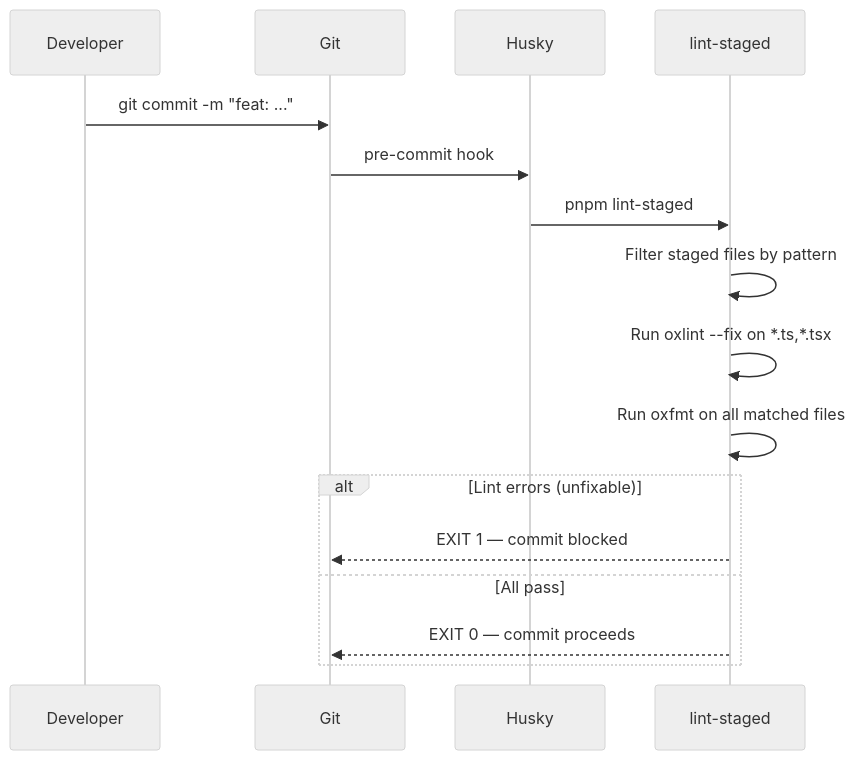
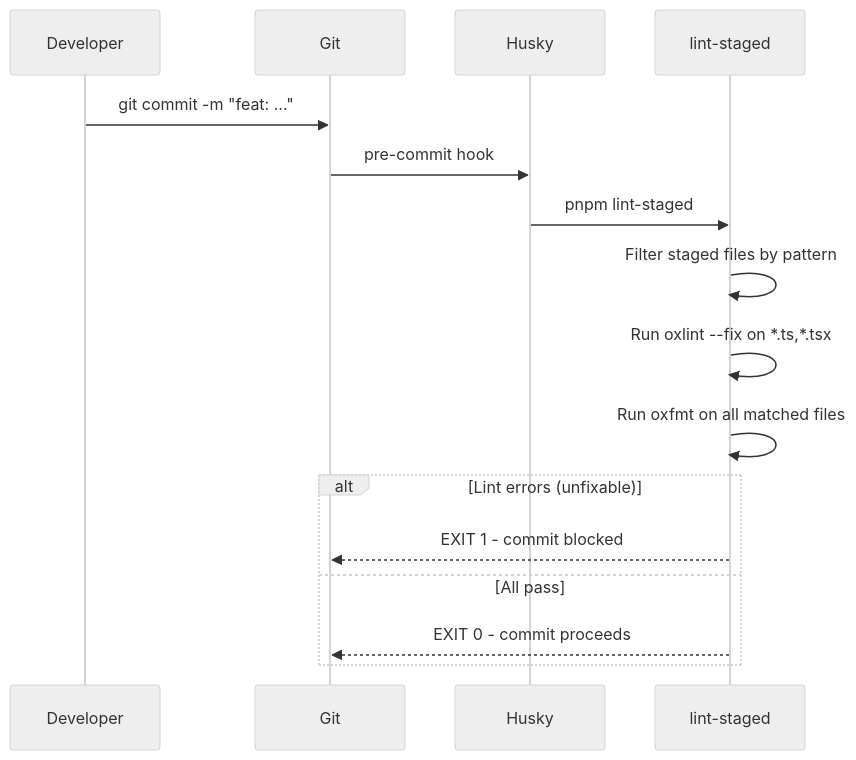
The second of 7 diagrams in docs-arch/SOFTWARE_QUALITY.md (Stradivary/koperasi-kegelapan-app), drawn with Mermaid (neutral theme) before and after one commit. The commit also changed other lines of this file and 282 other files, not shown here.

First line of the commit message:
feat(architecture): implement clean architecture with domain isolation and comprehensive testing

````diff
--- a/docs-arch/SOFTWARE_QUALITY.md
+++ b/docs-arch/SOFTWARE_QUALITY.md
@@ -68,19 +68,19 @@
 ```mermaid
 sequenceDiagram
     participant Dev as Developer
     participant Git as Git
     participant Husky as Husky
     participant LS as lint-staged
 
     Dev->>Git: git commit -m "feat: ..."
     Git->>Husky: pre-commit hook
     Husky->>LS: pnpm lint-staged
     LS->>LS: Filter staged files by pattern
     LS->>LS: Run oxlint --fix on *.ts,*.tsx
     LS->>LS: Run oxfmt on all matched files
     alt Lint errors (unfixable)
-        LS-->>Git: EXIT 1 — commit blocked
+        LS-->>Git: EXIT 1 - commit blocked
     else All pass
-        LS-->>Git: EXIT 0 — commit proceeds
+        LS-->>Git: EXIT 0 - commit proceeds
     end
 ```
````
